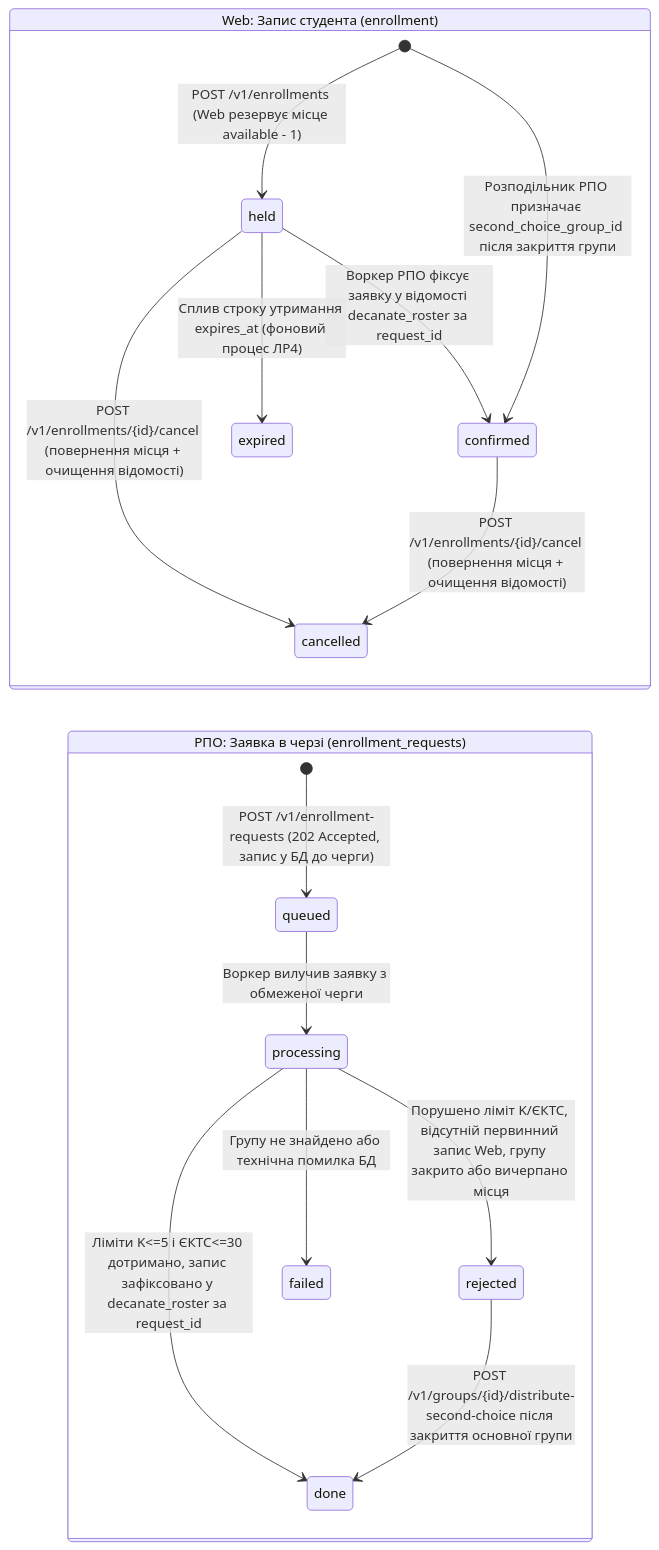
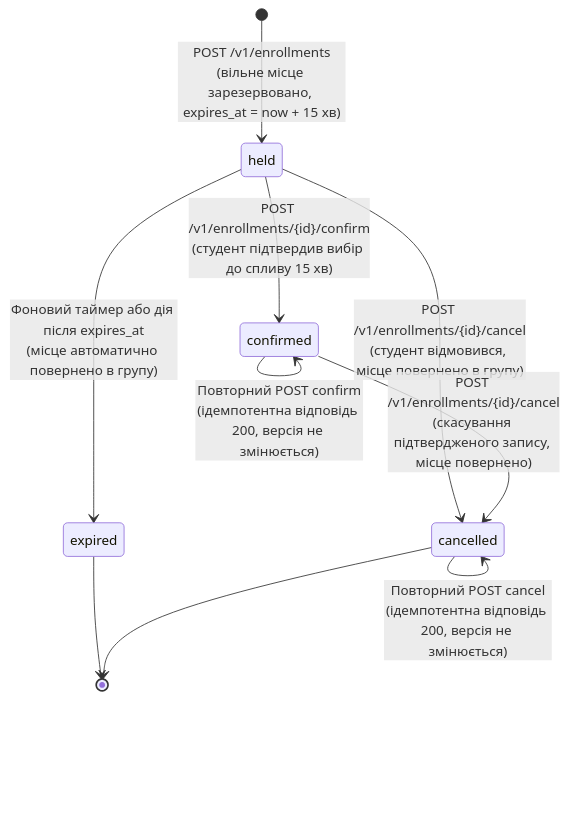
Before and after one commit to AirFlex2/distributed-parallel-computing-and-web-course-c10: the first of 4 diagrams in README.md, drawn with Mermaid. The commit also changed other lines of this file and 59 other files, not shown here.

````diff
--- a/README.md
+++ b/README.md
@@ -62,21 +61,16 @@
 ```mermaid
 stateDiagram-v2
-    direction LR
-    state "Web: Запис студента (enrollment)" as WebStates {
-        [*] --> held : POST /v1/enrollments (Web резервує місце available - 1)
-        held --> confirmed : Воркер РПО фіксує заявку у відомості decanate_roster за request_id
-        [*] --> confirmed : Розподільник РПО призначає second_choice_group_id після закриття групи
-        held --> expired : Сплив строку утримання expires_at (фоновий процес ЛР4)
-        held --> cancelled : POST /v1/enrollments/{id}/cancel (повернення місця + очищення відомості)
-        confirmed --> cancelled : POST /v1/enrollments/{id}/cancel (повернення місця + очищення відомості)
-    }
-
-    state "РПО: Заявка в черзі (enrollment_requests)" as DpcStates {
-        [*] --> queued : POST /v1/enrollment-requests (202 Accepted, запис у БД до черги)
-        queued --> processing : Воркер вилучив заявку з обмеженої черги
-        processing --> done : Ліміти K<=5 і ЄКТС<=30 дотримано, запис зафіксовано у decanate_roster за request_id
-        processing --> rejected : Порушено ліміт K/ЄКТС, відсутній первинний запис Web, групу закрито або вичерпано місця
-        rejected --> done : POST /v1/groups/{id}/distribute-second-choice після закриття основної групи
-        processing --> failed : Групу не знайдено або технічна помилка БД
-    }
+    [*] --> held: POST /v1/enrollments<br>(вільне місце зарезервовано, expires_at = now + 15 хв)
+    
+    held --> confirmed: POST /v1/enrollments/{id}/confirm<br>(студент підтвердив вибір до спливу 15 хв)
+    held --> cancelled: POST /v1/enrollments/{id}/cancel<br>(студент відмовився, місце повернено в групу)
+    held --> expired: Фоновий таймер або дія після expires_at<br>(місце автоматично повернено в групу)
+    
+    confirmed --> cancelled: POST /v1/enrollments/{id}/cancel<br>(скасування підтвердженого запису, місце повернено)
+    
+    confirmed --> confirmed: Повторний POST confirm<br>(ідемпотентна відповідь 200, версія не змінюється)
+    cancelled --> cancelled: Повторний POST cancel<br>(ідемпотентна відповідь 200, версія не змінюється)
+    
+    expired --> [*]
+    cancelled --> [*]
 ```
````
